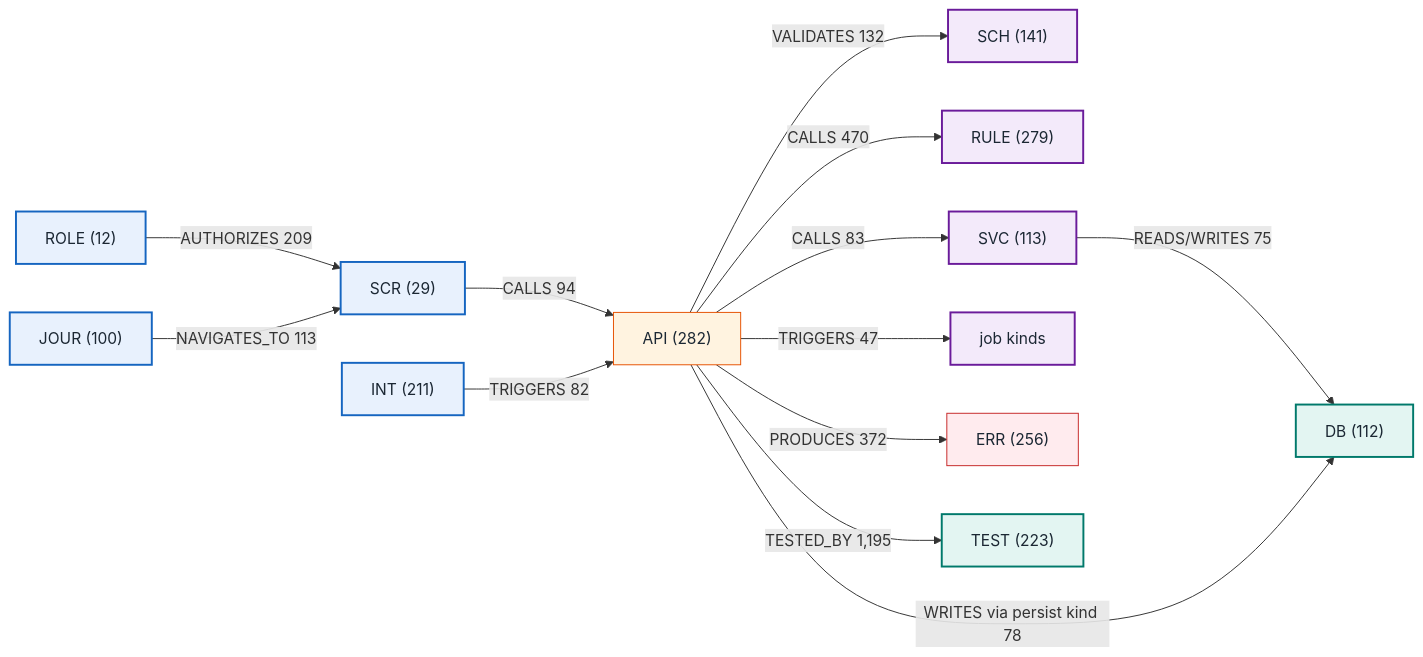
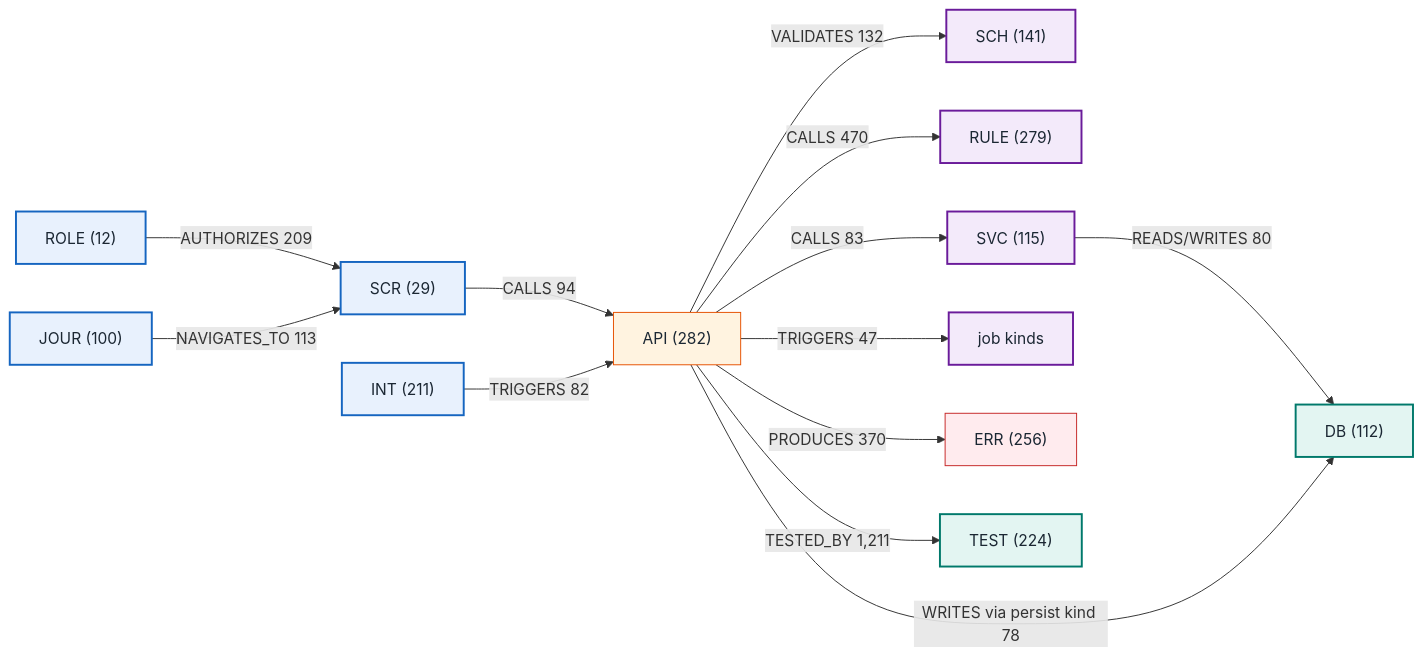
The second of 22 diagrams in project-mindmap/master/MASTER_PROJECT_DIAGRAMS.md (yhsomani/talentsphere-complete), drawn with Mermaid before and after one commit. The commit also changed other lines of this file and 44 other files, not shown here.

First line of the commit message:
docs: dedup scan, doc-to-code sync and mind map refresh

````diff
--- a/project-mindmap/master/MASTER_PROJECT_DIAGRAMS.md
+++ b/project-mindmap/master/MASTER_PROJECT_DIAGRAMS.md
@@ -79,21 +79,21 @@
 ```mermaid
 flowchart LR
   R["ROLE (12)"]:::grpA -->|"AUTHORIZES 209"| S["SCR (29)"]:::grpA
   S -->|"CALLS 94"| P["API (282)"]:::api
   I["INT (211)"]:::grpA -->|"TRIGGERS 82"| P
   J["JOUR (100)"]:::grpA -->|"NAVIGATES_TO 113"| S
   P -->|"VALIDATES 132"| SC["SCH (141)"]:::grpB
   P -->|"CALLS 470"| RU["RULE (279)"]:::grpB
-  P -->|"CALLS 83"| SV["SVC (113)"]:::grpB
+  P -->|"CALLS 83"| SV["SVC (115)"]:::grpB
   P -->|"TRIGGERS 47"| JB["job kinds"]:::grpB
-  SV -->|"READS/WRITES 75"| D["DB (112)"]:::grpC
+  SV -->|"READS/WRITES 80"| D["DB (112)"]:::grpC
   P -->|"WRITES via persist kind 78"| D
-  P -->|"PRODUCES 372"| E["ERR (256)"]:::bad
-  P -->|"TESTED_BY 1,195"| T["TEST (223)"]:::grpC
+  P -->|"PRODUCES 370"| E["ERR (256)"]:::bad
+  P -->|"TESTED_BY 1,211"| T["TEST (224)"]:::grpC
   classDef grpA fill:#e8f1fd,stroke:#1565c0,color:#1b2733,stroke-width:2px;
   classDef grpB fill:#f3eafa,stroke:#6a1b9a,color:#1b2733,stroke-width:2px;
   classDef grpC fill:#e3f5f2,stroke:#00796b,color:#1b2733,stroke-width:2px;
   classDef hub fill:#ffffff,stroke:#1b2733,stroke-width:4px,color:#1b2733;
   classDef api fill:#fff3e0,stroke:#e65100,color:#1b2733;
   classDef bad fill:#ffebee,stroke:#c62828,color:#1b2733;
 ```
````
